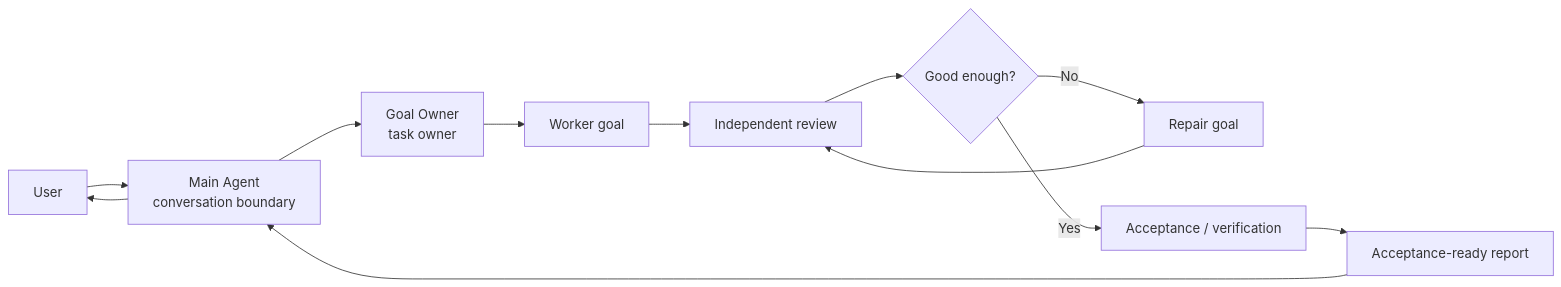
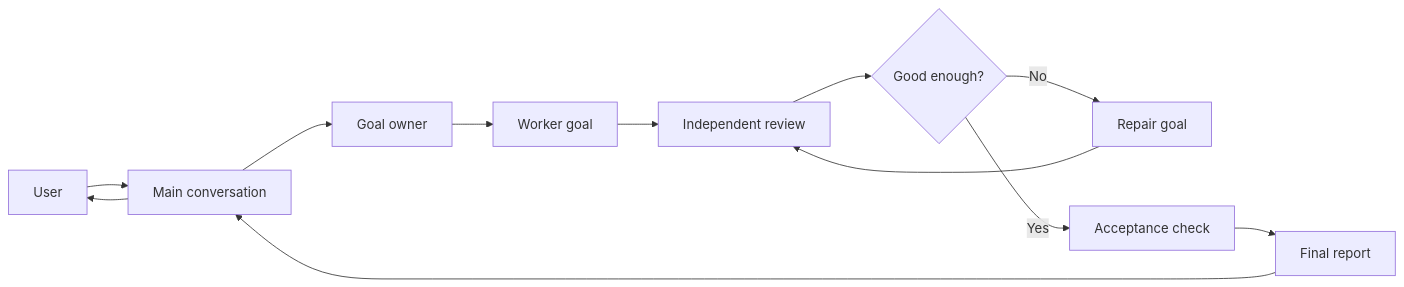
Before and after one commit to patrick-fu/awesome-skills: the first of 3 diagrams in parallel-goal-workflows/README.md, drawn with Mermaid. The commit also changed other lines of this file and 7 other files, not shown here.

````diff
--- a/parallel-goal-workflows/README.md
+++ b/parallel-goal-workflows/README.md
@@ -113,14 +88,14 @@
 ```mermaid
 flowchart LR
-  User["User"] --> Main["Main Agent<br/>conversation boundary"]
-  Main --> Owner["Goal Owner<br/>task owner"]
+  User["User"] --> Main["Main conversation"]
+  Main --> Owner["Goal owner"]
   Owner --> Worker["Worker goal"]
   Worker --> Review["Independent review"]
   Review --> Decision{"Good enough?"}
   Decision -- "No" --> Repair["Repair goal"]
   Repair --> Review
-  Decision -- "Yes" --> Acceptance["Acceptance / verification"]
-  Acceptance --> Report["Acceptance-ready report"]
+  Decision -- "Yes" --> Acceptance["Acceptance check"]
+  Acceptance --> Report["Final report"]
   Report --> Main
   Main --> User
 ```
````
